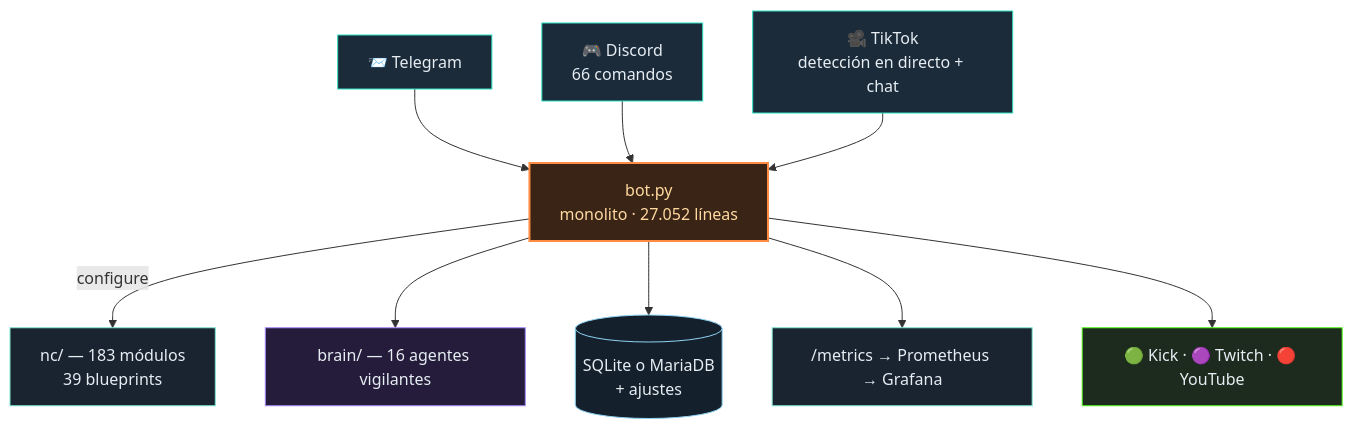
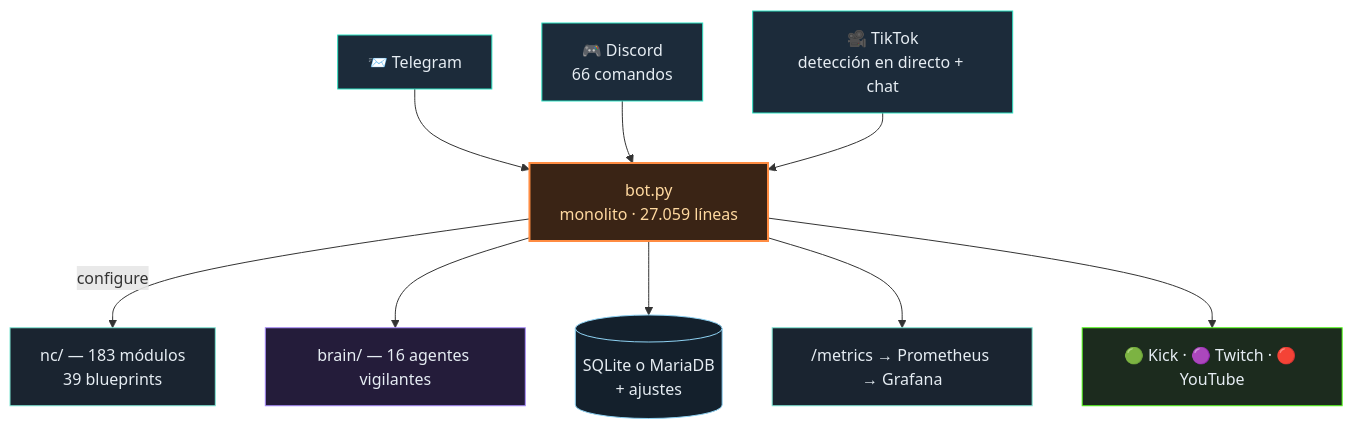
One commit to itsamemedev/Telegram-Stream-Info-Bot changed the diagram in README.es.md. Above: the diagram before and after it, drawn with Mermaid. The commit also changed 9 other files, not shown here.

````diff
--- a/README.es.md
+++ b/README.es.md
@@ -64,18 +64,18 @@
 ```mermaid
 flowchart TB
     TG["📨 Telegram"]:::ein --> BOT
     DC["🎮 Discord<br/>66 comandos"]:::ein --> BOT
     TT["🎥 TikTok<br/>detección en directo + chat"]:::ein --> BOT
-    BOT["bot.py<br/>monolito · 27.052 líneas"]:::core
+    BOT["bot.py<br/>monolito · 27.059 líneas"]:::core
     BOT -->|configure| NC["nc/ — 183 módulos<br/>39 blueprints"]:::lib
     BOT --> BRAIN["brain/ — 16 agentes vigilantes"]:::brain
     BOT --> DB[("SQLite o MariaDB<br/>+ ajustes")]:::db
     BOT --> PROM["/metrics → Prometheus → Grafana"]:::lib
     BOT --> OUT["🟢 Kick · 🟣 Twitch · 🔴 YouTube"]:::out
     classDef ein fill:#1c2b3a,stroke:#2de1c2,color:#e6edf3
     classDef core fill:#3a2415,stroke:#ff8c42,stroke-width:2px,color:#ffd9a0
     classDef lib fill:#1a2430,stroke:#7fe7d4,color:#e6edf3
     classDef brain fill:#241c3a,stroke:#a78bfa,color:#e6edf3
     classDef db fill:#14202c,stroke:#8fd3f4,color:#e6edf3
     classDef out fill:#1c2b1e,stroke:#53fc18,color:#e6edf3
 ```
````
